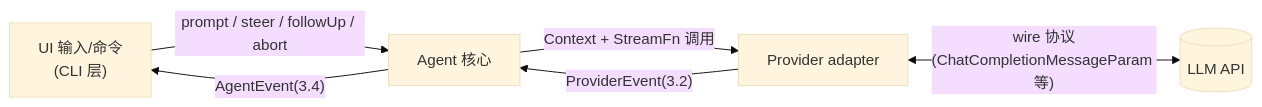
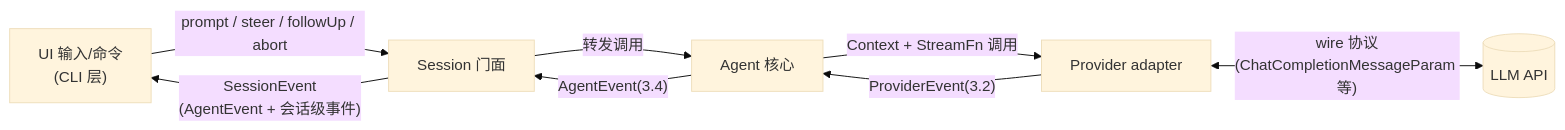
One commit to rita152/coda changed the diagram in docs/03-internal-protocol.md. Above: the diagram before and after it, drawn with Mermaid (base theme). The commit also changed other lines of this file and 19 other files, not shown here.

````diff
--- a/docs/03-internal-protocol.md
+++ b/docs/03-internal-protocol.md
@@ -9,8 +9,10 @@
 ```mermaid
 graph LR
-  CLI["UI 输入/命令<br/>(CLI 层)"] -->|"prompt / steer / followUp / abort"| Agent["Agent 核心"]
-  Agent -->|"AgentEvent(3.4)"| CLI
+  CLI["UI 输入/命令<br/>(CLI 层)"] -->|"prompt / steer / followUp / abort"| Session["Session 门面"]
+  Session -->|"转发调用"| Agent["Agent 核心"]
+  Agent -->|"AgentEvent(3.4)"| Session
+  Session -->|"SessionEvent<br/>(AgentEvent + 会话级事件)"| CLI
   Agent -->|"Context + StreamFn 调用"| Adapter["Provider adapter"]
   Adapter -->|"ProviderEvent(3.2)"| Agent
   Adapter <-->|"wire 协议<br/>(ChatCompletionMessageParam 等)"| API[("LLM API")]
 ```
````
